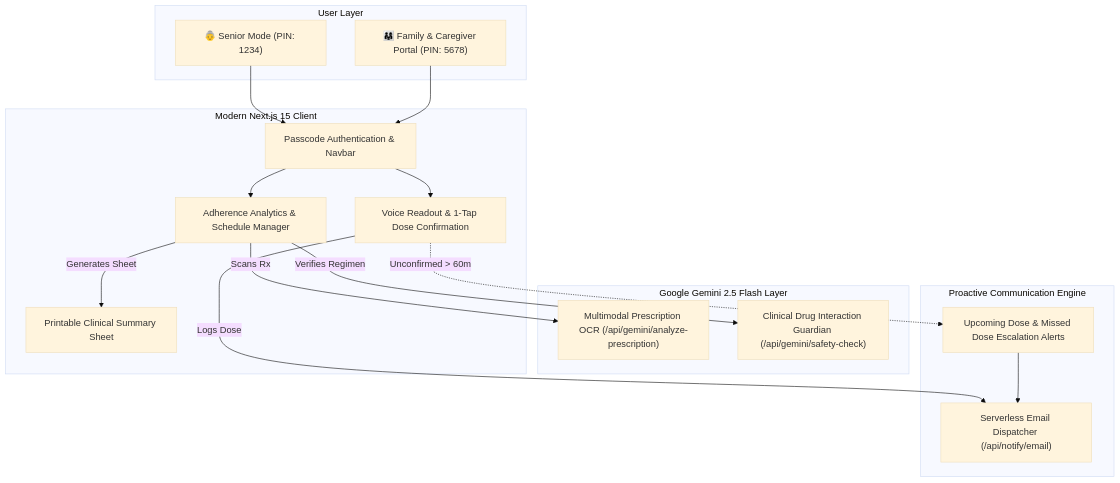
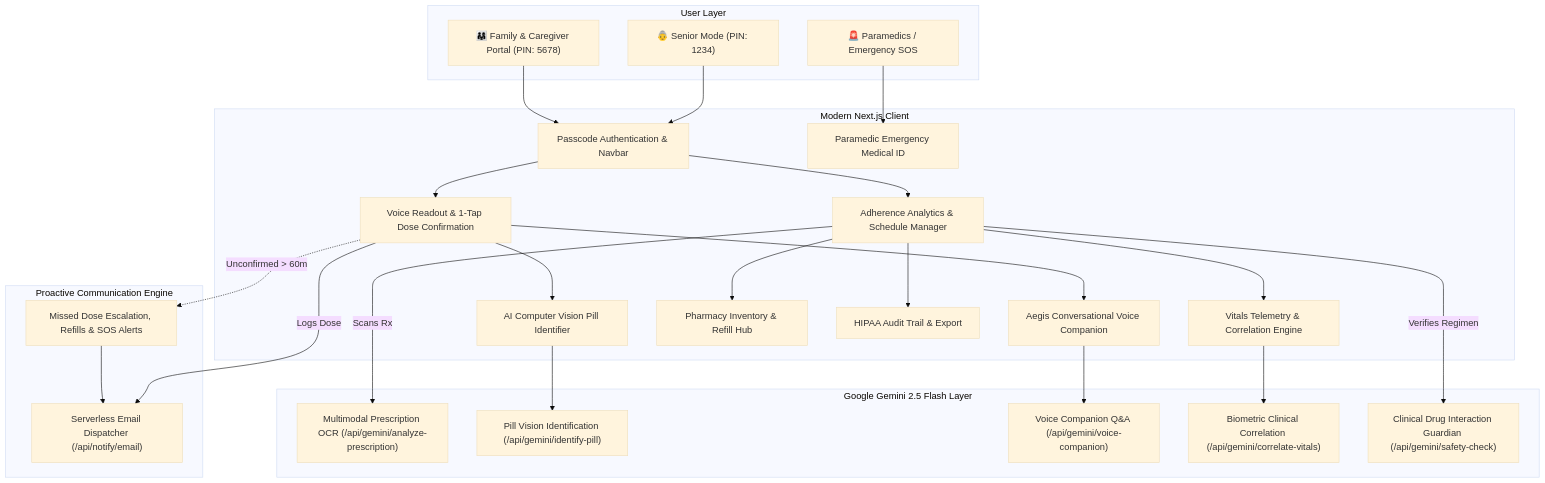
The diagram in README.md (Yathish66/aegis-care-elderly-platform), drawn with Mermaid (base theme) before and after one commit. The commit also changed other lines of this file and 16 other files, not shown here.

Commit message:
feat(ecosystem): implement enterprise vitals telemetry, voice companion, pharmacy refills, emergency SOS, and pill vision AI

````diff
--- a/README.md
+++ b/README.md
@@ -44,35 +50,52 @@
 ```mermaid
 flowchart TD
     subgraph Users["User Layer"]
         Senior["👵 Senior Mode (PIN: 1234)"]
         Family["👨‍👩‍👧 Family & Caregiver Portal (PIN: 5678)"]
+        Emergency["🚨 Paramedics / Emergency SOS"]
     end
 
-    subgraph Frontend["Modern Next.js 15 Client"]
+    subgraph Frontend["Modern Next.js Client"]
         Nav["Passcode Authentication & Navbar"]
         SeniorUI["Voice Readout & 1-Tap Dose Confirmation"]
+        VoiceComp["Aegis Conversational Voice Companion"]
+        PillID["AI Computer Vision Pill Identifier"]
         FamilyUI["Adherence Analytics & Schedule Manager"]
-        DoctorSummary["Printable Clinical Summary Sheet"]
+        VitalsTrack["Vitals Telemetry & Correlation Engine"]
+        PharmRefill["Pharmacy Inventory & Refill Hub"]
+        AuditTrail["HIPAA Audit Trail & Export"]
+        MedicalID["Paramedic Emergency Medical ID"]
     end
 
     subgraph Intelligence["Google Gemini 2.5 Flash Layer"]
         GeminiVision["Multimodal Prescription OCR (/api/gemini/analyze-prescription)"]
+        GeminiPill["Pill Vision Identification (/api/gemini/identify-pill)"]
+        GeminiVoice["Voice Companion Q&A (/api/gemini/voice-companion)"]
+        GeminiVitals["Biometric Clinical Correlation (/api/gemini/correlate-vitals)"]
         GeminiSafety["Clinical Drug Interaction Guardian (/api/gemini/safety-check)"]
     end
 
     subgraph Notification["Proactive Communication Engine"]
         EmailGateway["Serverless Email Dispatcher (/api/notify/email)"]
-        Alerts["Upcoming Dose & Missed Dose Escalation Alerts"]
+        Alerts["Missed Dose Escalation, Refills & SOS Alerts"]
     end
 
     Senior --> Nav
     Family --> Nav
+    Emergency --> MedicalID
     Nav --> SeniorUI
     Nav --> FamilyUI
+    SeniorUI --> VoiceComp
+    SeniorUI --> PillID
+    FamilyUI --> VitalsTrack
+    FamilyUI --> PharmRefill
+    FamilyUI --> AuditTrail
     SeniorUI -->|Logs Dose| EmailGateway
+    VoiceComp --> GeminiVoice
+    PillID --> GeminiPill
+    VitalsTrack --> GeminiVitals
     FamilyUI -->|Scans Rx| GeminiVision
     FamilyUI -->|Verifies Regimen| GeminiSafety
-    FamilyUI -->|Generates Sheet| DoctorSummary
     SeniorUI -.->|Unconfirmed > 60m| Alerts
     Alerts --> EmailGateway
 ```
````
